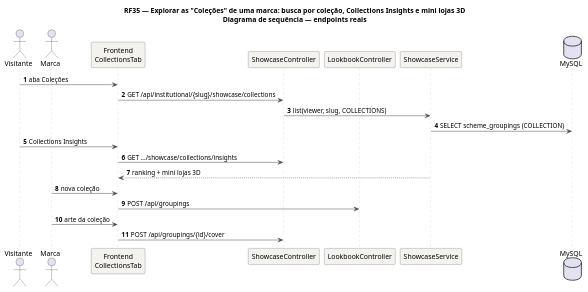
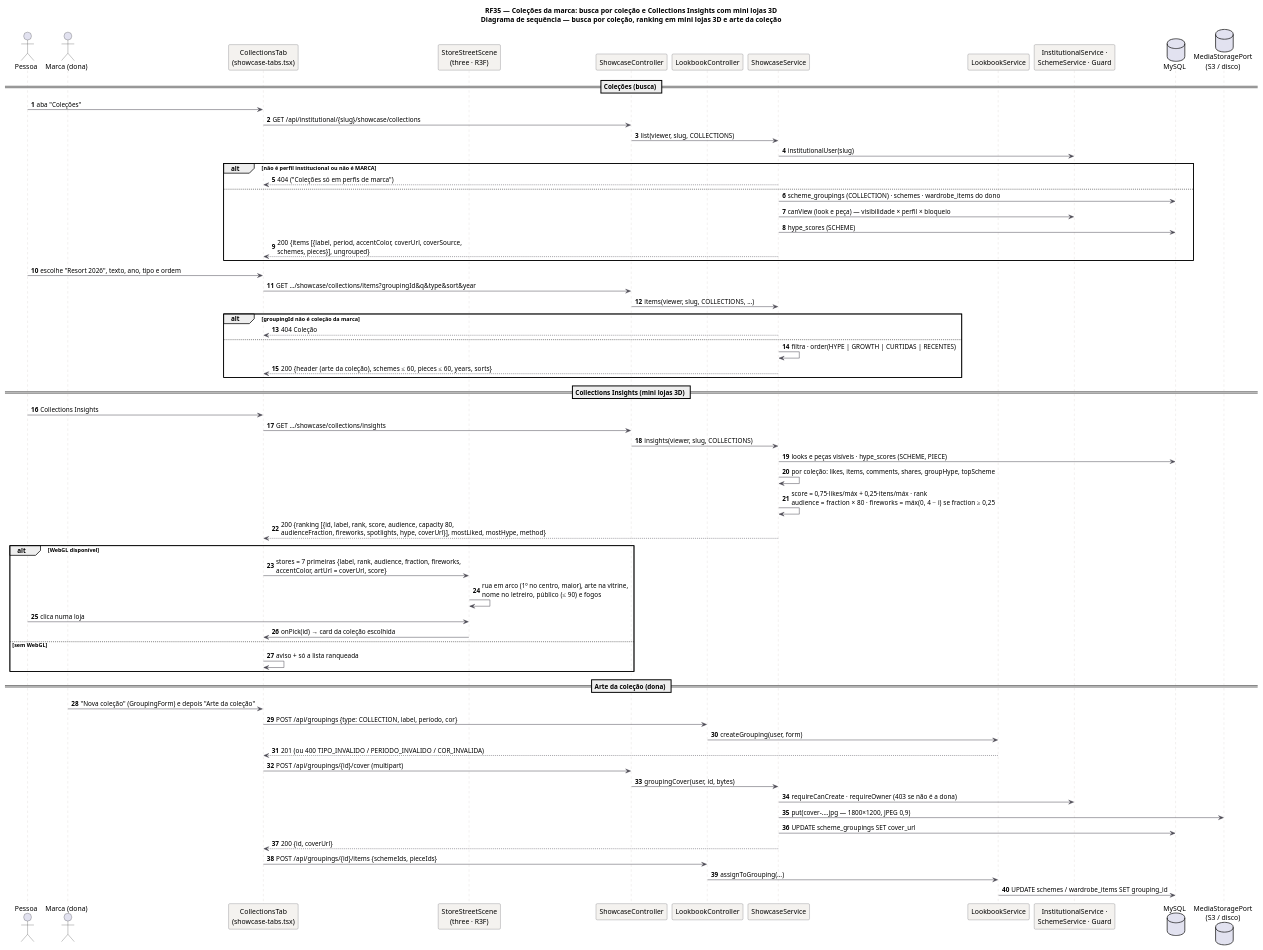
The diagram in docs/diagramas/RF35/RF35-sequencia.puml (MatheusHaliski/tcc-2026-fashion-ai-backend), drawn with PlantUML before and after one commit. The commit also changed 638 other files, not shown here.

First line of the commit message:
Diagramas UML: reescrita pelo código atual e realinhamento ao Trello (parte 2, checkpoint)

```diff
--- a/docs/diagramas/RF35/RF35-sequencia.puml
+++ b/docs/diagramas/RF35/RF35-sequencia.puml
@@ -1,29 +1,82 @@
 @startuml RF35_Sequencia
-title RF35 — Explorar as "Coleções" de uma marca: busca por coleção, Collections Insights e mini lojas 3D\nDiagrama de sequência — endpoints reais
+title RF35 — Coleções da marca: busca por coleção e Collections Insights com mini lojas 3D\nDiagrama de sequência — busca por coleção, ranking em mini lojas 3D e arte da coleção
 skinparam backgroundColor #FFFFFF
 skinparam sequence {
   ArrowColor #4A4852
   LifeLineBorderColor #CBC6BE
   ParticipantBackgroundColor #F4F2EF
   ParticipantBorderColor #4A4852
 }
+skinparam note {
+  BackgroundColor #FFFDEB
+  BorderColor #D8CE78
+  FontColor #554F24
+}
 autonumber
-actor Visitante as V
-actor Marca as M
-participant "Frontend\nCollectionsTab" as FE
+actor "Pessoa" as U
+actor "Marca (dona)" as M
+participant "CollectionsTab\n(showcase-tabs.tsx)" as FE
+participant "StoreStreetScene\n(three · R3F)" as ST
 participant "ShowcaseController" as C
 participant "LookbookController" as LC
 participant "ShowcaseService" as S
+participant "LookbookService" as LS
+participant "InstitutionalService ·\nSchemeService · Guard" as G
 database "MySQL" as DB
-V -> FE: aba Coleções
+database "MediaStoragePort\n(S3 / disco)" as MS
+
+== Coleções (busca) ==
+U -> FE: aba "Coleções"
 FE -> C: GET /api/institutional/{slug}/showcase/collections
 C -> S: list(viewer, slug, COLLECTIONS)
-S -> DB: SELECT scheme_groupings (COLLECTION)
-V -> FE: Collections Insights
-FE -> C: GET .../showcase/collections/insights
-S --> FE: ranking + mini lojas 3D
-M -> FE: nova coleção
-FE -> LC: POST /api/groupings
-M -> FE: arte da coleção
-FE -> C: POST /api/groupings/{id}/cover
+S -> G: institutionalUser(slug)
+alt não é perfil institucional ou não é MARCA
+  S --> FE: 404 ("Coleções só em perfis de marca")
+else
+  S -> DB: scheme_groupings (COLLECTION) · schemes · wardrobe_items do dono
+  S -> G: canView (look e peça) — visibilidade × perfil × bloqueio
+  S -> DB: hype_scores (SCHEME)
+  S --> FE: 200 {items [{label, period, accentColor, coverUrl, coverSource,\nschemes, pieces}], ungrouped}
+end
+U -> FE: escolhe "Resort 2026", texto, ano, tipo e ordem
+FE -> C: GET …/showcase/collections/items?groupingId&q&type&sort&year
+C -> S: items(viewer, slug, COLLECTIONS, …)
+alt groupingId não é coleção da marca
+  S --> FE: 404 Coleção
+else
+  S -> S: filtra · order(HYPE | GROWTH | CURTIDAS | RECENTES)
+  S --> FE: 200 {header (arte da coleção), schemes ≤ 60, pieces ≤ 60, years, sorts}
+end
+
+== Collections Insights (mini lojas 3D) ==
+U -> FE: Collections Insights
+FE -> C: GET …/showcase/collections/insights
+C -> S: insights(viewer, slug, COLLECTIONS)
+S -> DB: looks e peças visíveis · hype_scores (SCHEME, PIECE)
+S -> S: por coleção: likes, items, comments, shares, groupHype, topScheme
+S -> S: score = 0,75·likes/máx + 0,25·itens/máx · rank\naudience = fraction × 80 · fireworks = máx(0, 4 − i) se fraction ≥ 0,25
+S --> FE: 200 {ranking [{id, label, rank, score, audience, capacity 80,\naudienceFraction, fireworks, spotlights, hype, coverUrl}], mostLiked, mostHype, method}
+alt WebGL disponível
+  FE -> ST: stores = 7 primeiras {label, rank, audience, fraction, fireworks,\naccentColor, artUrl = coverUrl, score}
+  ST -> ST: rua em arco (1º no centro, maior), arte na vitrine,\nnome no letreiro, público (≤ 90) e fogos
+  U -> ST: clica numa loja
+  ST -> FE: onPick(id) → card da coleção escolhida
+else sem WebGL
+  FE -> FE: aviso + só a lista ranqueada
+end
+
+== Arte da coleção (dona) ==
+M -> FE: "Nova coleção" (GroupingForm) e depois "Arte da coleção"
+FE -> LC: POST /api/groupings {type: COLLECTION, label, período, cor}
+LC -> LS: createGrouping(user, form)
+LS --> FE: 201 (ou 400 TIPO_INVALIDO / PERIODO_INVALIDO / COR_INVALIDA)
+FE -> C: POST /api/groupings/{id}/cover (multipart)
+C -> S: groupingCover(user, id, bytes)
+S -> G: requireCanCreate · requireOwner (403 se não é a dona)
+S -> MS: put(cover-….jpg — 1800×1200, JPEG 0,9)
+S -> DB: UPDATE scheme_groupings SET cover_url
+S --> FE: 200 {id, coverUrl}
+FE -> LC: POST /api/groupings/{id}/items {schemeIds, pieceIds}
+LC -> LS: assignToGrouping(…)
+LS -> DB: UPDATE schemes / wardrobe_items SET grouping_id
 @enduml
```
